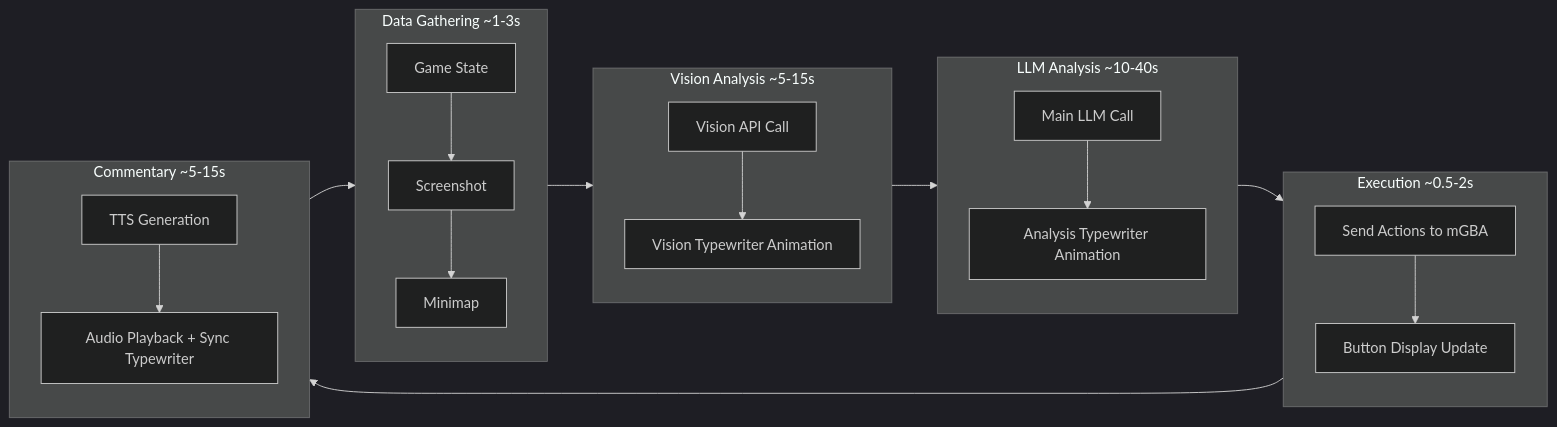
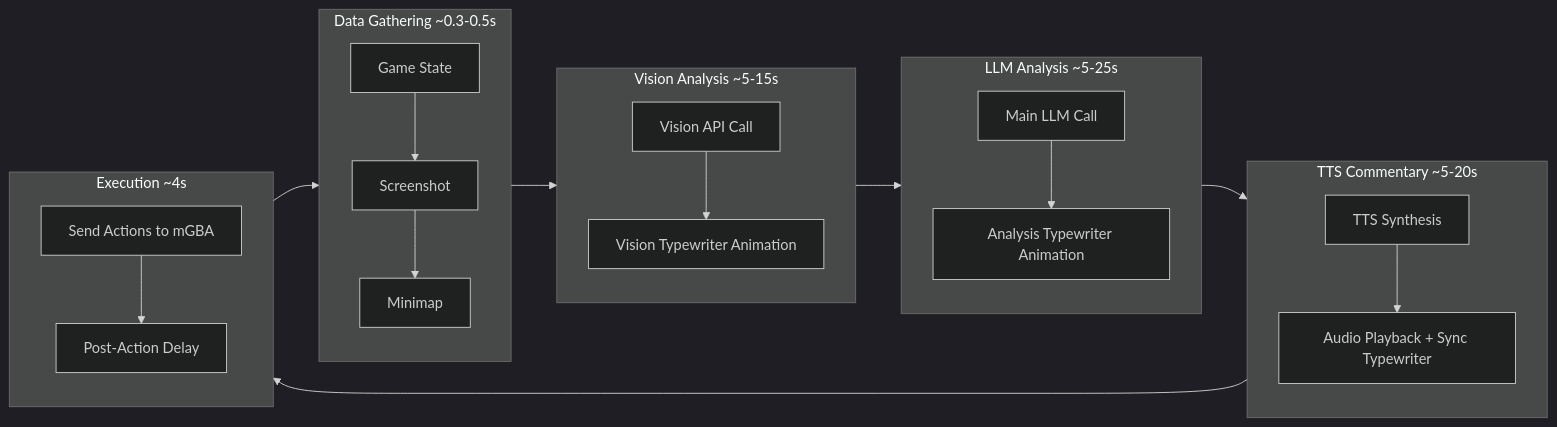
Before and after one commit to phantasy-bot/pokemon-llm: the second of 2 diagrams in docs/STREAM_CYCLE.md, drawn with Mermaid (dark theme). The commit also changed other lines of this file, not shown here.

````diff
--- a/docs/STREAM_CYCLE.md
+++ b/docs/STREAM_CYCLE.md
@@ -7,33 +33,33 @@
 ```mermaid
 flowchart LR
-    subgraph Phase1["Data Gathering ~1-3s"]
+    subgraph Phase1["Data Gathering ~0.3-0.5s"]
         A[Game State] --> B[Screenshot]
         B --> C[Minimap]
     end
 
     subgraph Phase2["Vision Analysis ~5-15s"]
         D[Vision API Call]
         D --> E[Vision Typewriter Animation]
     end
 
-    subgraph Phase3["LLM Analysis ~10-40s"]
+    subgraph Phase3["LLM Analysis ~5-25s"]
         F[Main LLM Call]
         F --> G[Analysis Typewriter Animation]
     end
 
-    subgraph Phase4["Execution ~0.5-2s"]
-        H[Send Actions to mGBA]
-        H --> I[Button Display Update]
+    subgraph Phase4["TTS Commentary ~5-20s"]
+        H[TTS Synthesis]
+        H --> I[Audio Playback + Sync Typewriter]
     end
 
-    subgraph Phase5["Commentary ~5-15s"]
-        J[TTS Generation]
-        J --> K[Audio Playback + Sync Typewriter]
+    subgraph Phase5["Execution ~4s"]
+        J[Send Actions to mGBA]
+        J --> K[Post-Action Delay]
     end
 
     Phase1 --> Phase2
     Phase2 --> Phase3
     Phase3 --> Phase4
     Phase4 --> Phase5
     Phase5 --> Phase1
 ```
````
